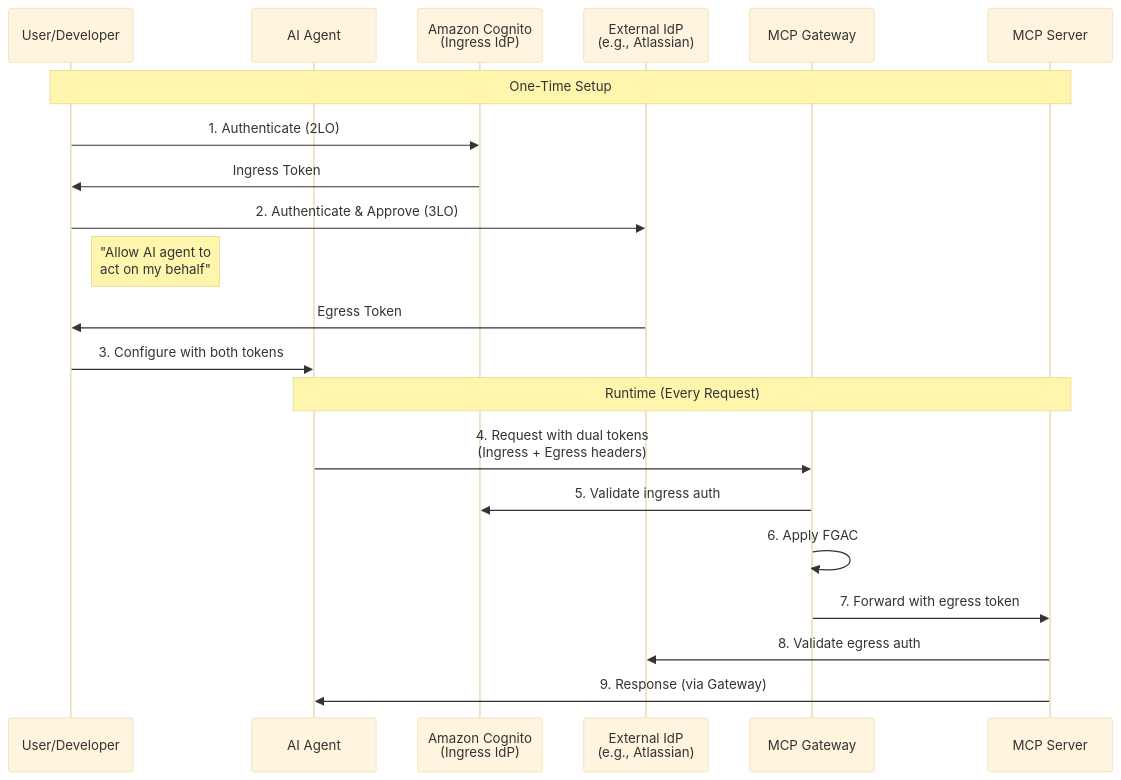
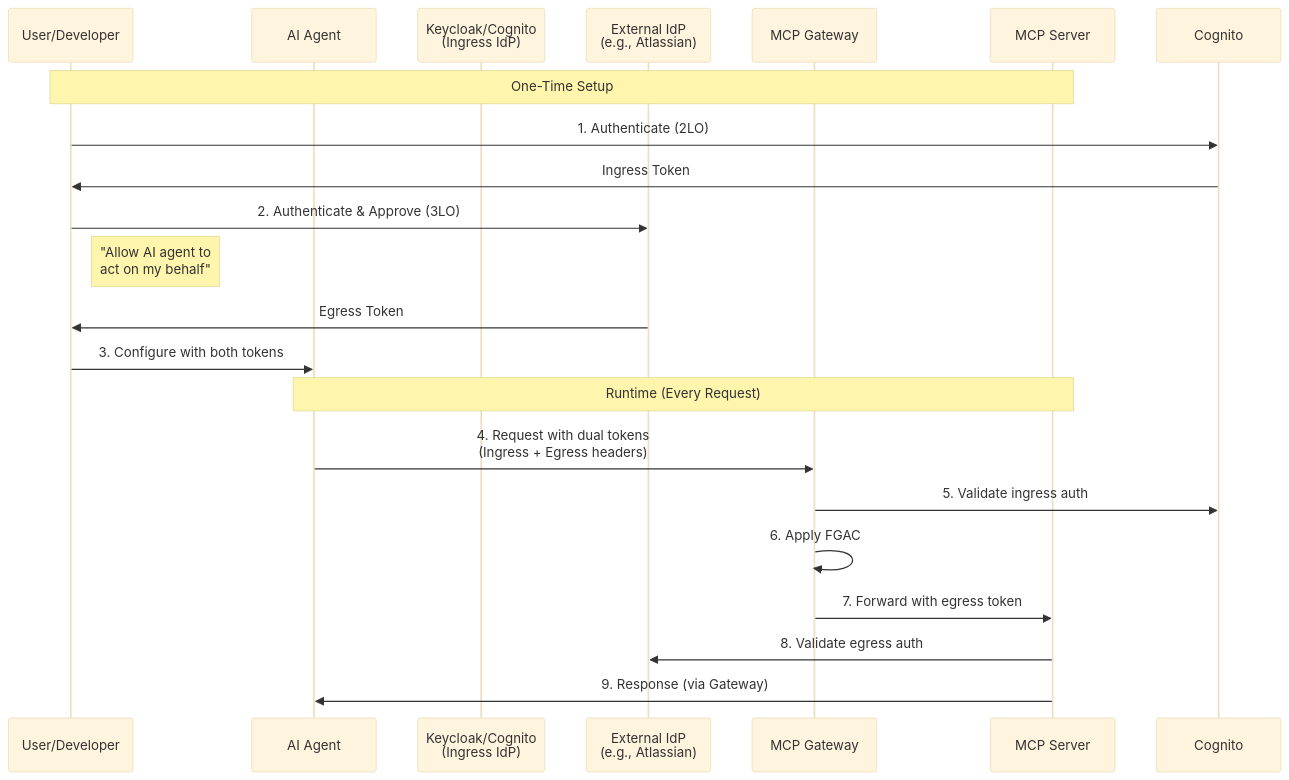
Before and after one commit to ascending-llc/mcp-gateway-registry: the first of 2 diagrams in docs/auth.md, drawn with Mermaid (base theme). The commit also changed other lines of this file and 46 other files, not shown here.

````diff
--- a/docs/auth.md
+++ b/docs/auth.md
@@ -230,29 +315,29 @@
 ```mermaid
 sequenceDiagram
     participant User as User/Developer
     participant Agent as AI Agent
-    participant Cognito as Amazon Cognito<br/>(Ingress IdP)
+    participant Auth as Keycloak/Cognito<br/>(Ingress IdP)
     participant ExtIdP as External IdP<br/>(e.g., Atlassian)
     participant Gateway as MCP Gateway
     participant MCPServer as MCP Server
     
     Note over User,MCPServer: One-Time Setup
     
     User->>Cognito: 1. Authenticate (2LO)
     Cognito->>User: Ingress Token
     
     User->>ExtIdP: 2. Authenticate & Approve (3LO)
     Note right of User: "Allow AI agent to<br/>act on my behalf"
     ExtIdP->>User: Egress Token
     
     User->>Agent: 3. Configure with both tokens
     
     Note over Agent,MCPServer: Runtime (Every Request)
     
     Agent->>Gateway: 4. Request with dual tokens<br/>(Ingress + Egress headers)
     Gateway->>Cognito: 5. Validate ingress auth
     Gateway->>Gateway: 6. Apply FGAC
     Gateway->>MCPServer: 7. Forward with egress token
     MCPServer->>ExtIdP: 8. Validate egress auth
     MCPServer->>Agent: 9. Response (via Gateway)
 ```
````
